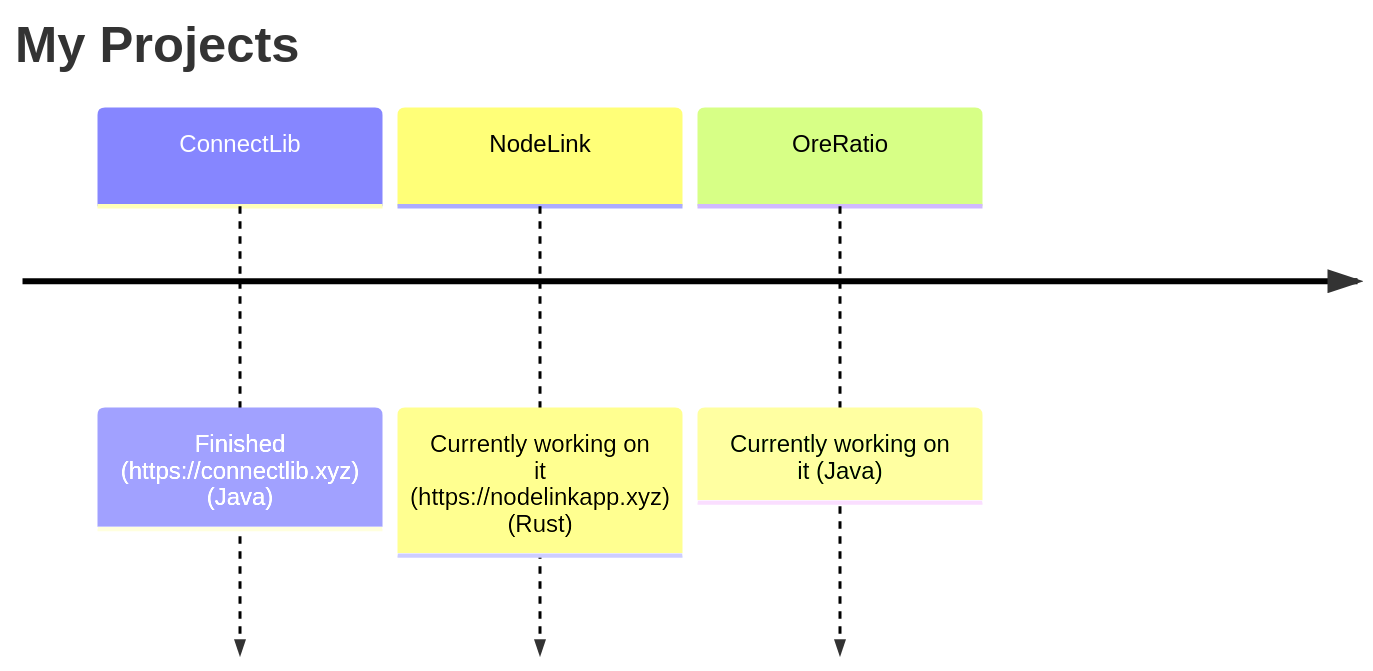
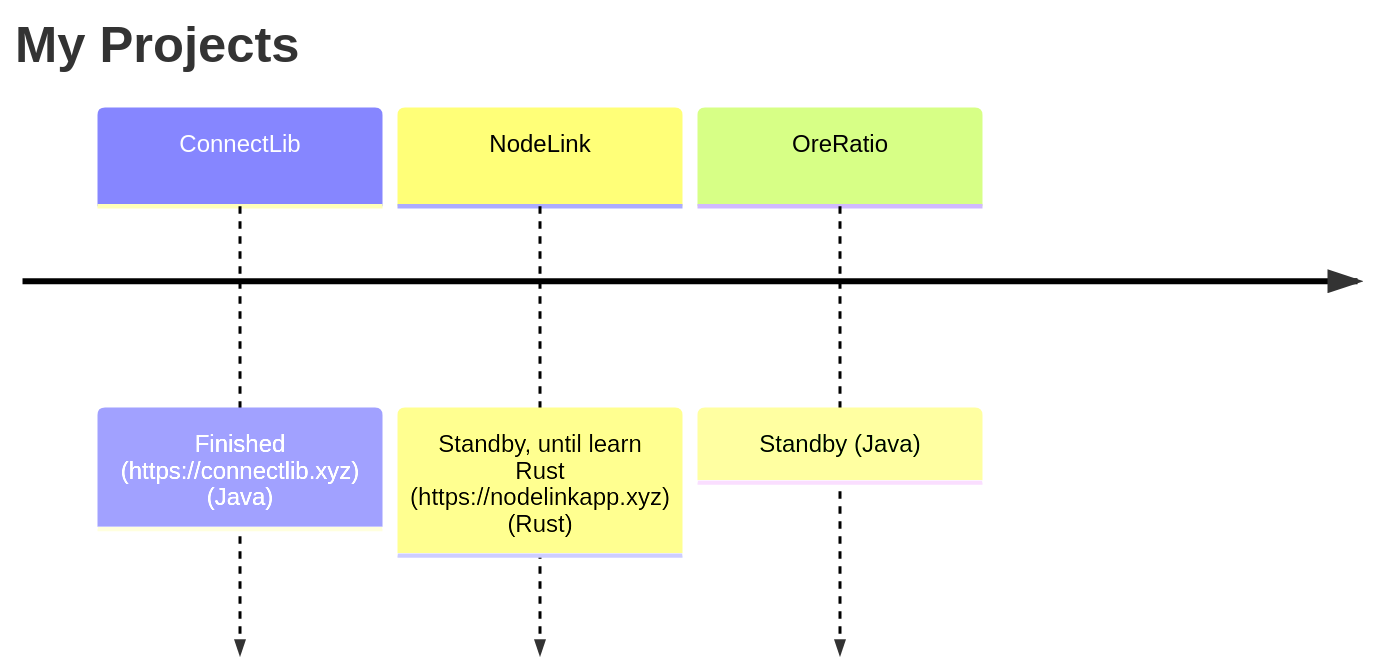
Before and after one commit to Sandro642/Sandro642: the second of 2 diagrams in README.md, drawn with Mermaid.

````diff
--- a/README.md
+++ b/README.md
@@ -16,7 +16,7 @@
 ```mermaid
 timeline
 title My Projects
 ConnectLib : Finished (https://connectlib.xyz) (Java)
-NodeLink : Currently working on it (https://nodelinkapp.xyz) (Rust)
-OreRatio : Currently working on it (Java)
+NodeLink : Standby, until learn Rust (https://nodelinkapp.xyz) (Rust)
+OreRatio : Standby (Java)
 ```
````
